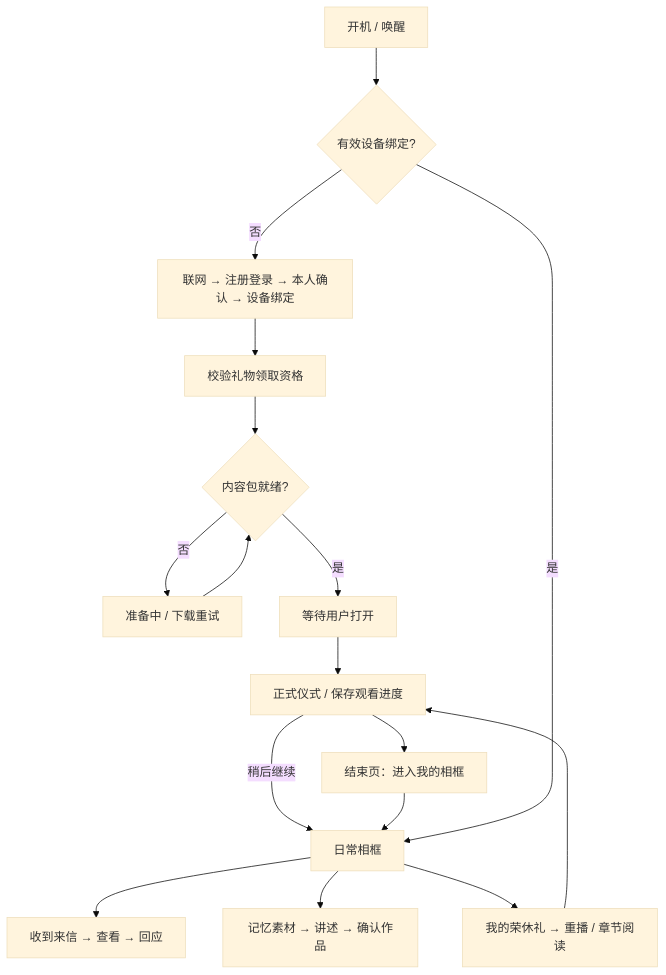
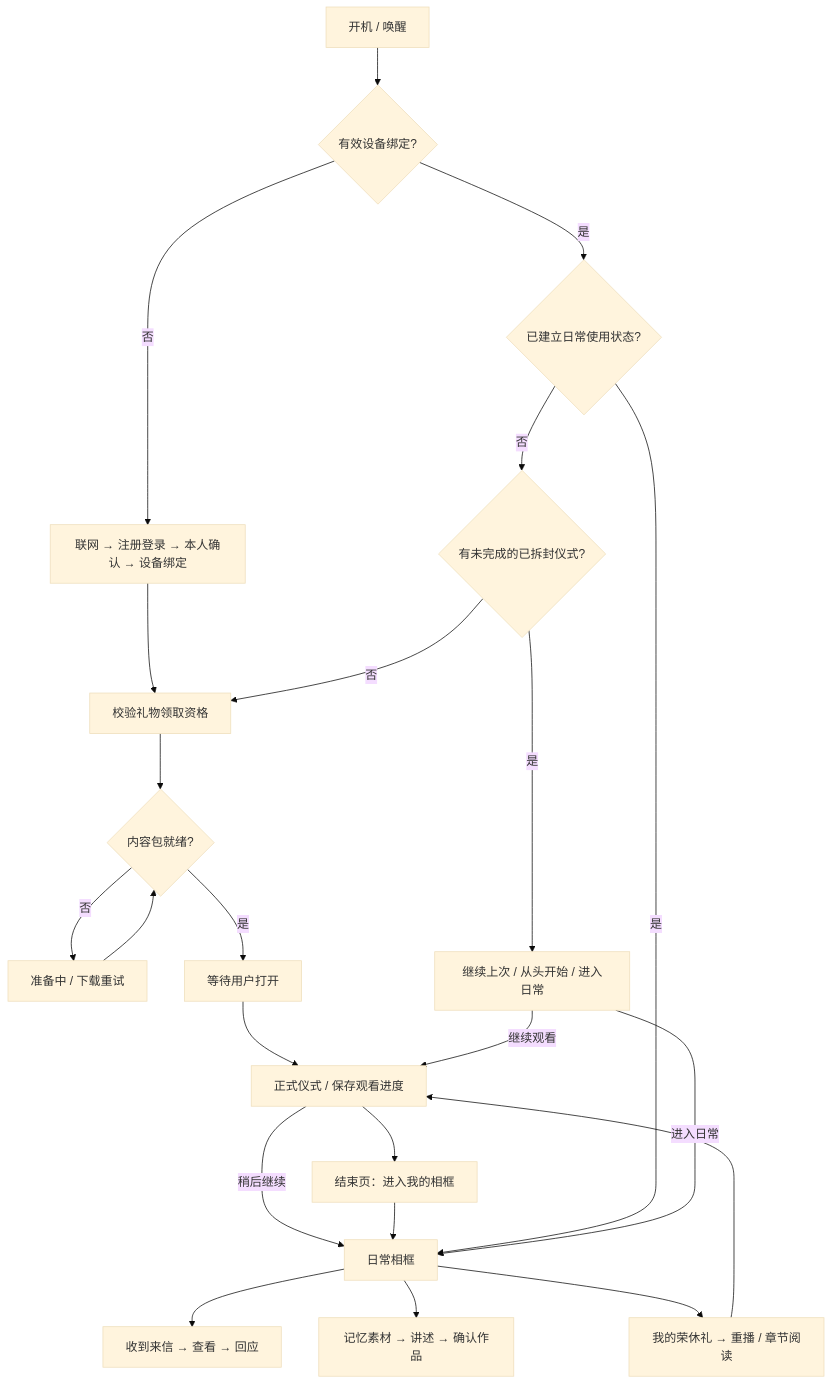
One commit to miguelhu/shiguangxu-rongxiu changed the diagram in docs/PRD/05_拾光叙相框完整产品PRD_V2.md. Above: the diagram before and after it, drawn with Mermaid (base theme). The commit also changed other lines of this file and 2 other files, not shown here.

````diff
--- a/docs/PRD/05_拾光叙相框完整产品PRD_V2.md
+++ b/docs/PRD/05_拾光叙相框完整产品PRD_V2.md
@@ -79,19 +79,25 @@
 ```mermaid
 flowchart TD
   A[开机 / 唤醒] --> B{有效设备绑定?}
   B -- 否 --> C[联网 → 注册登录 → 本人确认 → 设备绑定]
   C --> D[校验礼物领取资格]
   D --> E{内容包就绪?}
   E -- 否 --> F[准备中 / 下载重试]
   F --> E
   E -- 是 --> G[等待用户打开]
   G --> H[正式仪式 / 保存观看进度]
   H --> I[结束页：进入我的相框]
   H -- 稍后继续 --> J[日常相框]
   I --> J
-  B -- 是 --> J
+  B -- 是 --> N{已建立日常使用状态?}
+  N -- 是 --> J
+  N -- 否 --> O{有未完成的已拆封仪式?}
+  O -- 是 --> P[继续上次 / 从头开始 / 进入日常]
+  P -- 继续观看 --> H
+  P -- 进入日常 --> J
+  O -- 否 --> D
   J --> K[收到来信 → 查看 → 回应]
   J --> L[记忆素材 → 讲述 → 确认作品]
   J --> M[我的荣休礼 → 重播 / 章节阅读]
   M --> H
 ```
````
